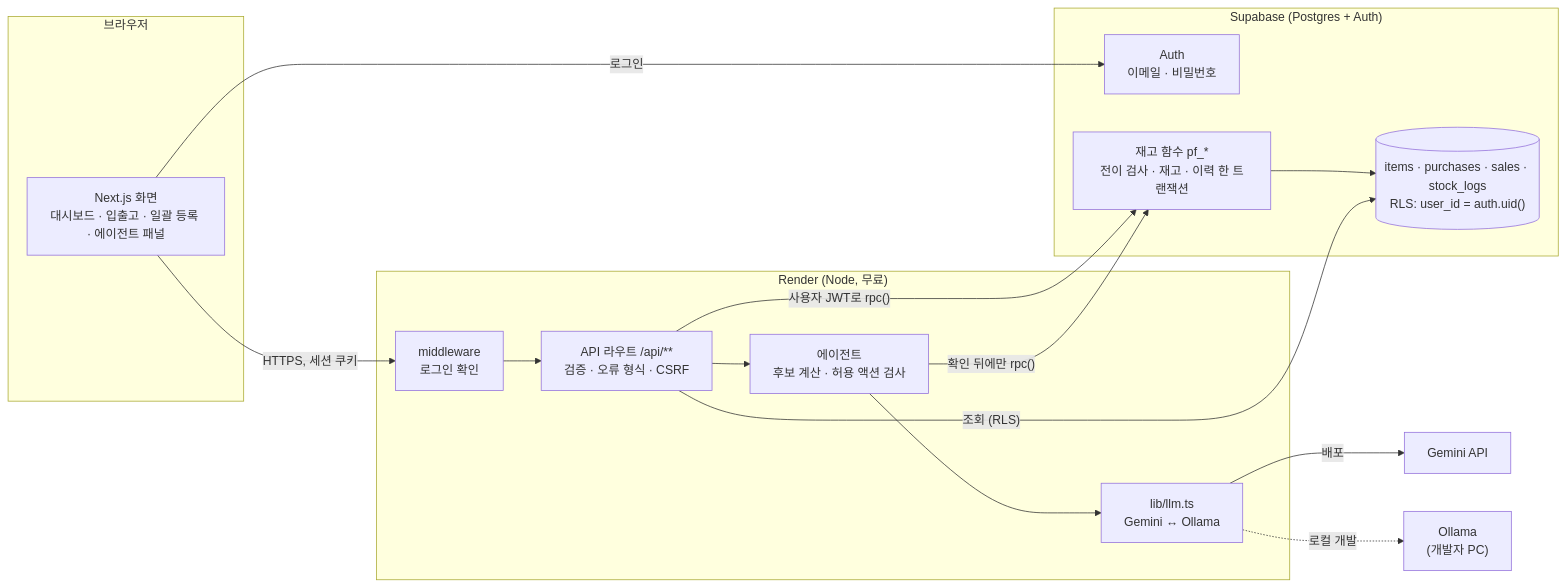
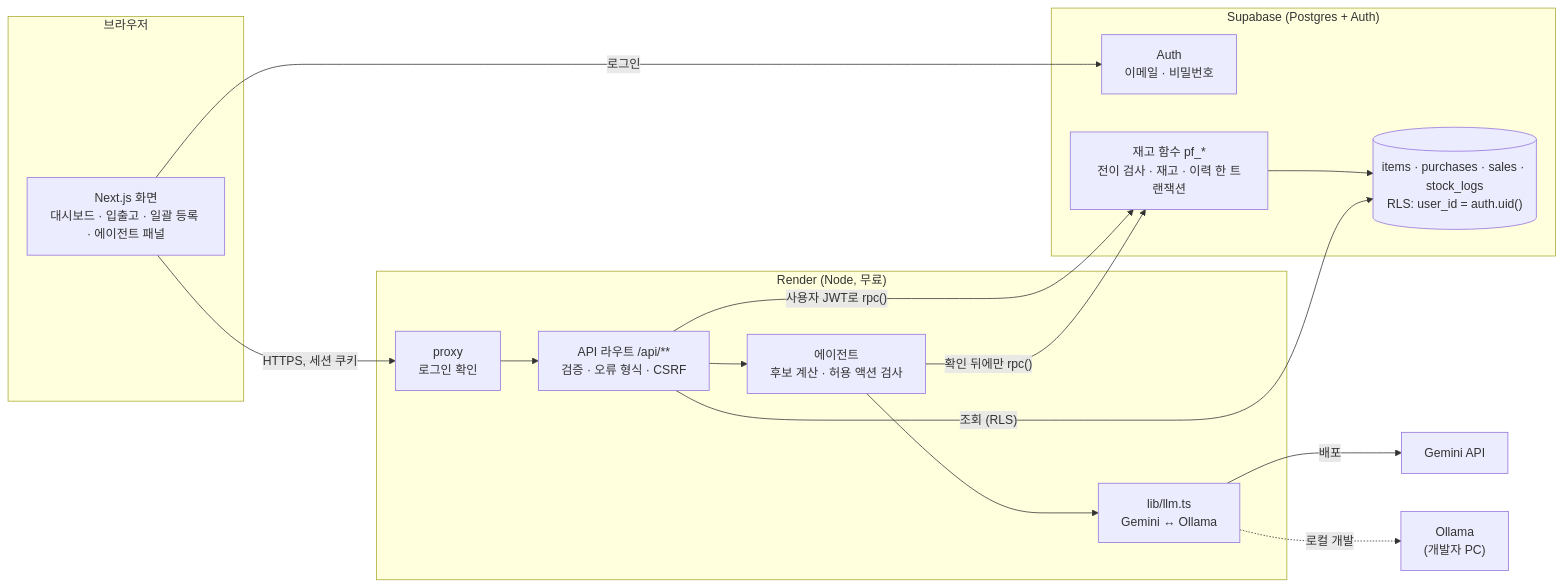
The second of 2 diagrams in docs/01-enterprise-architecture.md (eple-lab/pack-flow), drawn with Mermaid before and after one commit. The commit also changed other lines of this file and 6 other files, not shown here.

Commit message:
docs: 골격 전 결정 D-27~29 · WU-01 결정 D-30~33, middleware → proxy 표기

````diff
--- a/docs/01-enterprise-architecture.md
+++ b/docs/01-enterprise-architecture.md
@@ -71,31 +71,31 @@
 ```mermaid
 flowchart LR
     subgraph Browser["브라우저"]
         UI["Next.js 화면<br/>대시보드 · 입출고 · 일괄 등록 · 에이전트 패널"]
     end
 
     subgraph Render["Render (Node, 무료)"]
-        MW["middleware<br/>로그인 확인"]
+        MW["proxy<br/>로그인 확인"]
         API["API 라우트 /api/**<br/>검증 · 오류 형식 · CSRF"]
         AG["에이전트<br/>후보 계산 · 허용 액션 검사"]
         LLM["lib/llm.ts<br/>Gemini ↔ Ollama"]
     end
 
     subgraph Supabase["Supabase (Postgres + Auth)"]
         AUTH["Auth<br/>이메일 · 비밀번호"]
         FN["재고 함수 pf_*<br/>전이 검사 · 재고 · 이력 한 트랜잭션"]
         DB[("items · purchases · sales · stock_logs<br/>RLS: user_id = auth.uid()")]
     end
 
     GEM["Gemini API"]
     OLL["Ollama<br/>(개발자 PC)"]
 
     UI -- "HTTPS, 세션 쿠키" --> MW --> API
     API -- "사용자 JWT로 rpc()" --> FN --> DB
     API -- "조회 (RLS)" --> DB
     API --> AG --> LLM
     AG -- "확인 뒤에만 rpc()" --> FN
     LLM -- "배포" --> GEM
     LLM -. "로컬 개발" .-> OLL
     UI -- "로그인" --> AUTH
 ```
````
